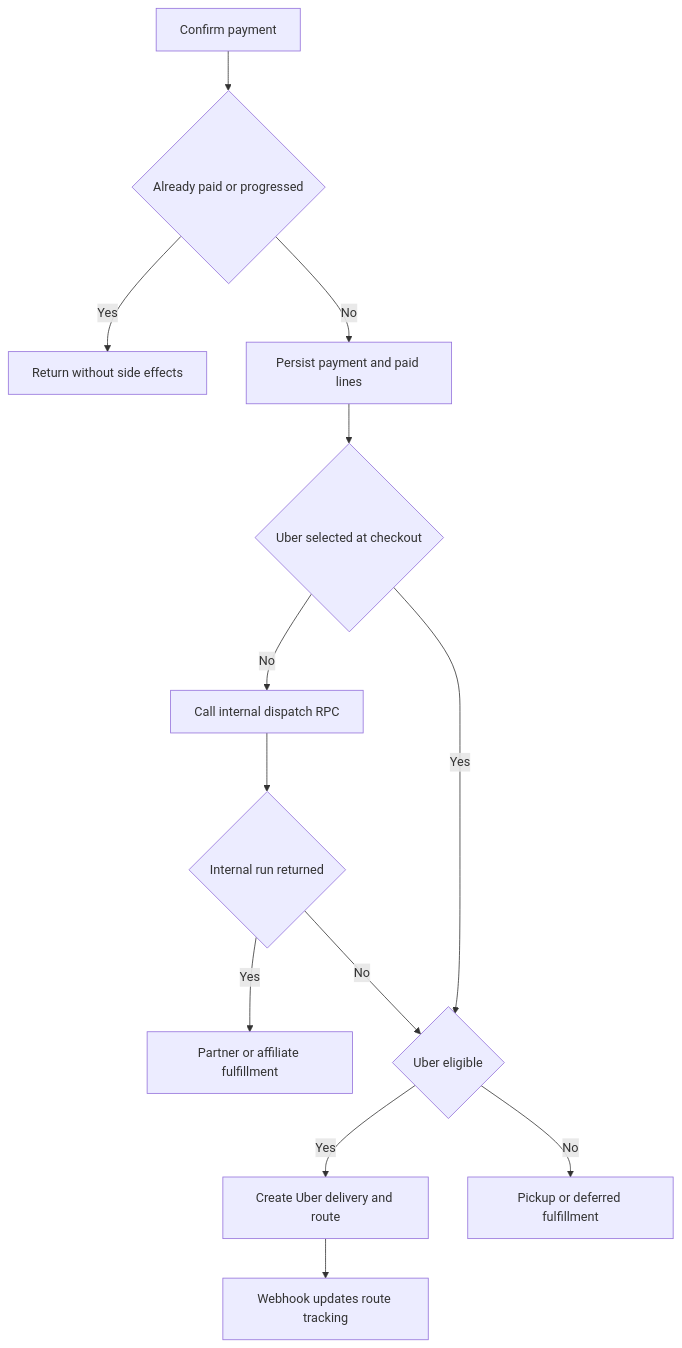
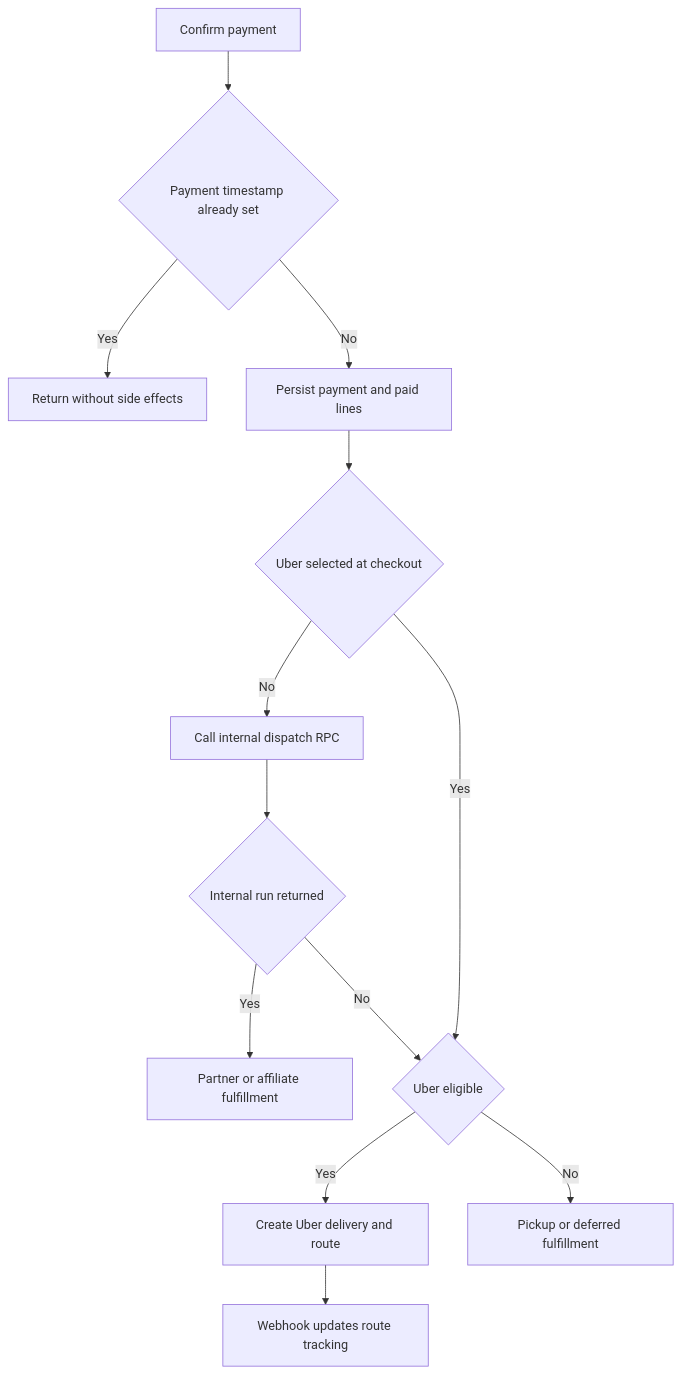
Before and after one commit to Schneider-Gr/industria24hIA: the second of 2 diagrams in openwiki/workflows/fulfillment-and-logistics.md, drawn with Mermaid. The commit also changed other lines of this file and 28 other files, not shown here.

````diff
--- a/openwiki/workflows/fulfillment-and-logistics.md
+++ b/openwiki/workflows/fulfillment-and-logistics.md
@@ -107,15 +119,15 @@
 ```mermaid
 flowchart TD
-    Confirm["Confirm payment"] --> Already{"Already paid or progressed"}
+    Confirm["Confirm payment"] --> Already{"Payment timestamp already set"}
     Already -- Yes --> Stop["Return without side effects"]
     Already -- No --> Persist["Persist payment and paid lines"]
     Persist --> ExplicitUber{"Uber selected at checkout"}
     ExplicitUber -- No --> Dispatch["Call internal dispatch RPC"]
     Dispatch --> InternalRun{"Internal run returned"}
     InternalRun -- Yes --> Partner["Partner or affiliate fulfillment"]
     InternalRun -- No --> Eligible{"Uber eligible"}
     ExplicitUber -- Yes --> Eligible
     Eligible -- Yes --> Uber["Create Uber delivery and route"]
     Eligible -- No --> Deferred["Pickup or deferred fulfillment"]
     Uber --> Webhook["Webhook updates route tracking"]
 ```
````
